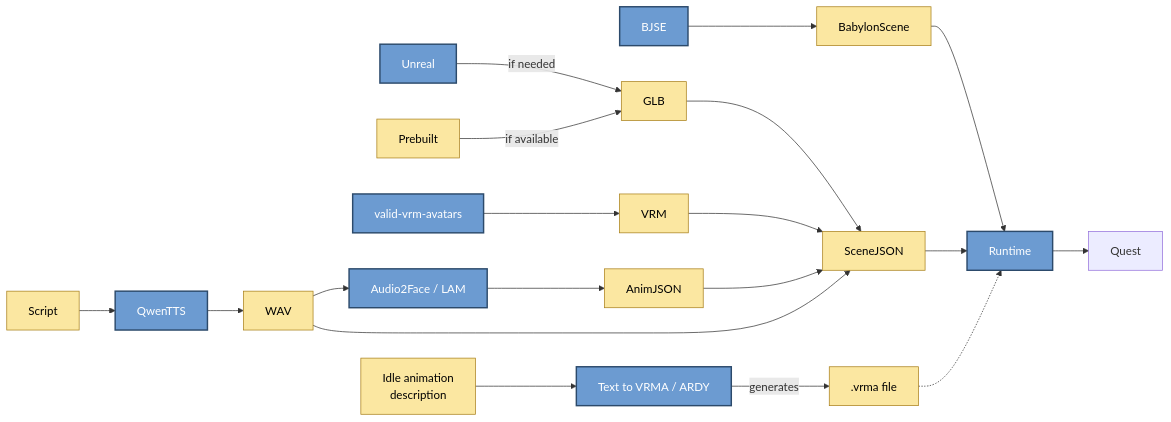
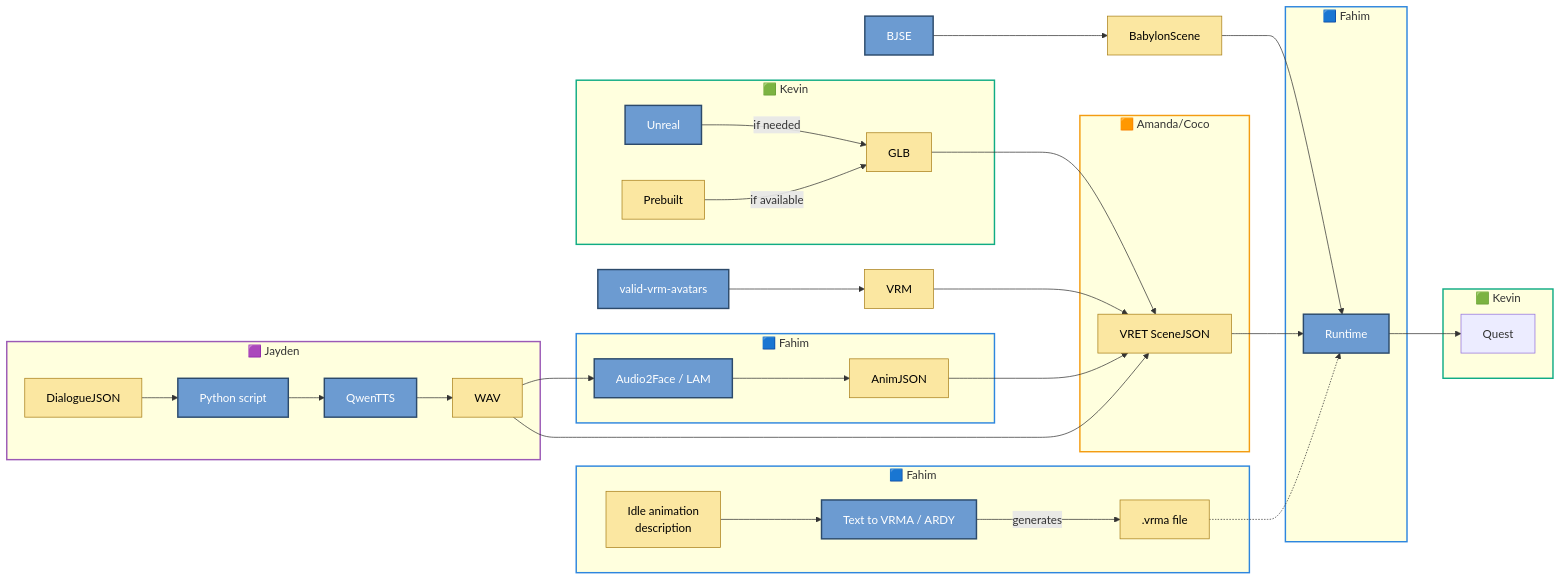
One commit to SBU-VRET/VRET-Project changed the first of 8 diagrams in docs/TECH_PIPELINE.md. Above: the diagram before and after it, drawn with Mermaid. The commit also changed other lines of this file and 2 other files, not shown here.

Commit message:
Add ownership coloring to tech pipeline diagrams, ignore temp/, add Audio2Face vs LAM Audio2Expression doc

````diff
--- a/docs/TECH_PIPELINE.md
+++ b/docs/TECH_PIPELINE.md
@@ -11,24 +13,59 @@
 ```mermaid
 flowchart LR
     Library["valid-vrm-avatars"] --> VRM
+
+    subgraph K_export["🟩 Kevin"]
     Unreal -->|"if needed"| GLB
     Prebuilt -->|"if available"| GLB
+    end
+
     BJSE --> BabylonScene
+
+    subgraph AC_scene["🟧 Amanda/Coco"]
+    SceneJSON["VRET SceneJSON"]
+    end
     GLB --> SceneJSON
-    Script --> QwenTTS --> WAV
-    WAV --> FaceTool["Audio2Face / LAM"] --> AnimJSON
+
+    subgraph J_voice["🟪 Jayden"]
+    DialogueJSON --> PyScript["Python script"] --> QwenTTS --> WAV
+    end
+
+    subgraph F_facial["🟦 Fahim"]
+    FaceTool["Audio2Face / LAM"]
+    AnimJSON
+    end
+    WAV --> FaceTool --> AnimJSON
+
     VRM --> SceneJSON
     AnimJSON --> SceneJSON
     WAV --> SceneJSON
+
+    subgraph F_runtime["🟦 Fahim"]
+    Runtime
+    end
     BabylonScene --> Runtime
     SceneJSON --> Runtime
+
+    subgraph K_device["🟩 Kevin"]
+    Quest
+    end
     Runtime --> Quest
 
+    subgraph F_idle["🟦 Fahim"]
     IdleDesc["Idle animation<br/>description"] --> IdleTool["Text to VRMA / ARDY"] -->|generates| VRMAFile[".vrma file"]
+    end
     VRMAFile -.-> Runtime
 
     classDef tool fill:#6c9bd1,stroke:#2c4a6b,stroke-width:2px,color:#fff;
     classDef artifact fill:#fbe7a1,stroke:#a87f1a,stroke-width:1px,color:#000;
-    class Library,Unreal,BJSE,QwenTTS,FaceTool,Runtime,IdleTool tool
-    class VRM,GLB,Prebuilt,BabylonScene,Script,WAV,AnimJSON,SceneJSON,IdleDesc,VRMAFile artifact
+    class Library,Unreal,BJSE,PyScript,QwenTTS,FaceTool,Runtime,IdleTool tool
+    class VRM,GLB,Prebuilt,BabylonScene,DialogueJSON,WAV,AnimJSON,SceneJSON,IdleDesc,VRMAFile artifact
+
+    style K_export stroke:#10AC84,stroke-width:2px
+    style K_device stroke:#10AC84,stroke-width:2px
+    style F_facial stroke:#2E86DE,stroke-width:2px
+    style F_runtime stroke:#2E86DE,stroke-width:2px
+    style F_idle stroke:#2E86DE,stroke-width:2px
+    style J_voice stroke:#9B59B6,stroke-width:2px
+    style AC_scene stroke:#F39C12,stroke-width:2px
 ```
````
